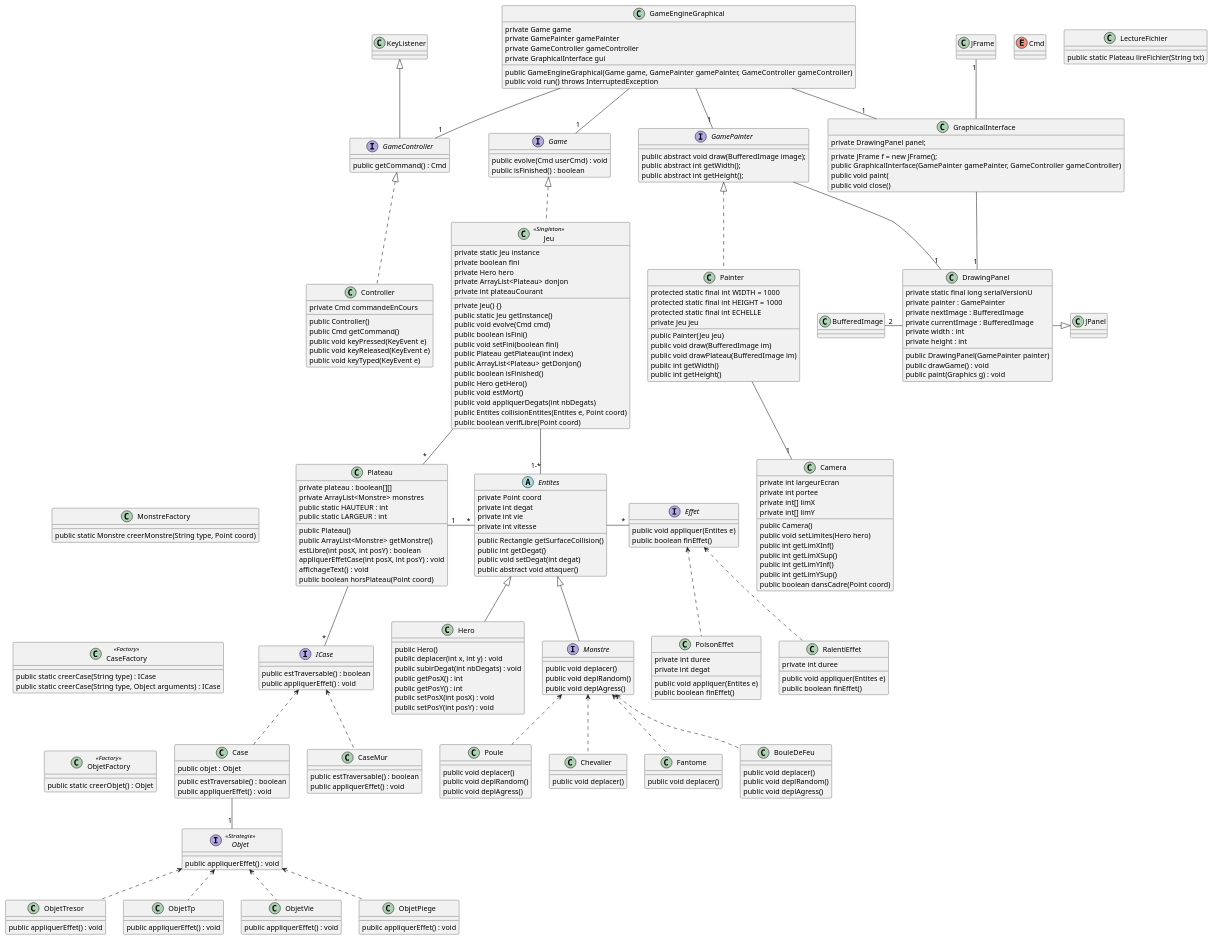
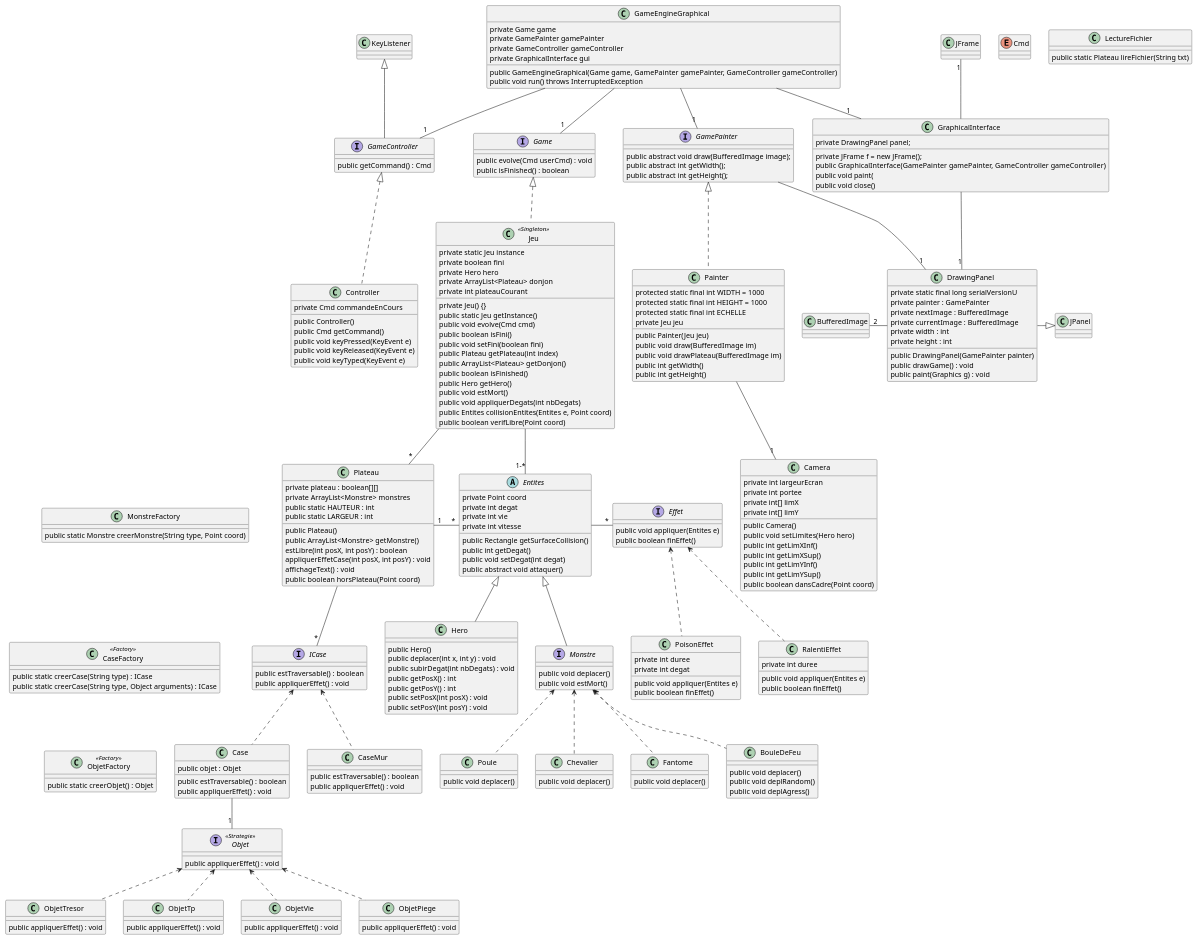
One commit to fujine/ACL2017_AbJoGuiQuen- changed the diagram in Conception/Diagramme de classe.puml. Above: the diagram before and after it, drawn with PlantUML. The commit also changed 10 other files, not shown here.

```diff
--- a/Conception/Diagramme de classe.puml
+++ b/Conception/Diagramme de classe.puml
@@ -50,8 +50,7 @@
 
 	Interface Monstre extends Entites{
 	    public void deplacer()
-	    public void deplRandom()
-	    public void deplAgress()
+	    public void estMort()
 	}
 
 	Class Plateau {
@@ -223,8 +222,6 @@
 
     class Poule {
         public void deplacer()
-        public void deplRandom()
-        public void deplAgress()
     }
 
     class Camera {
```
